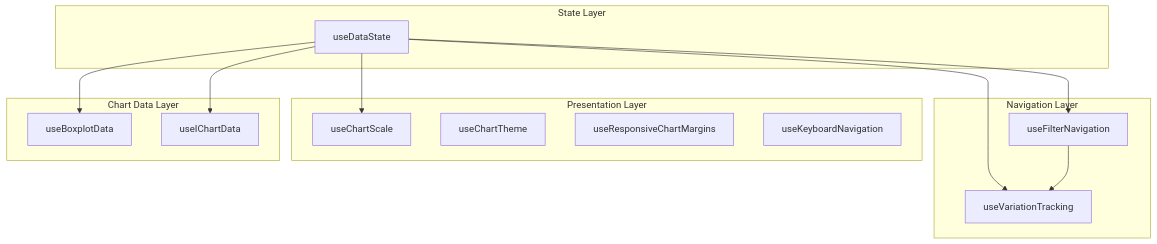
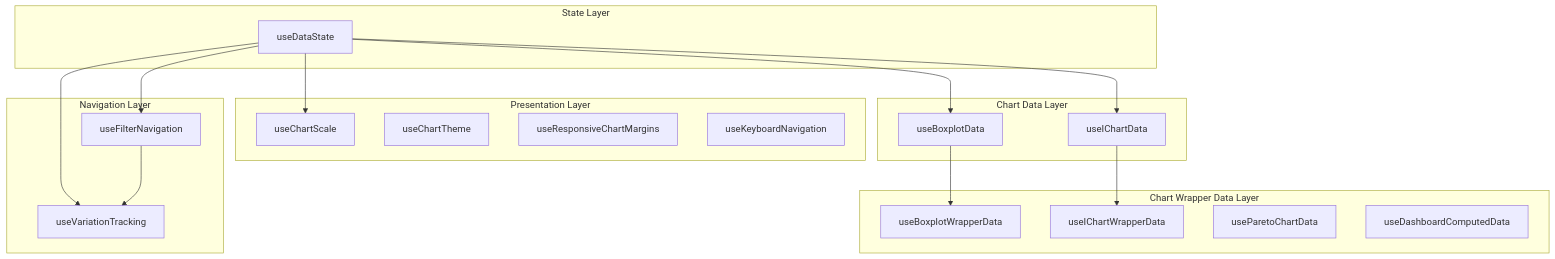
The first of 2 diagrams in docs/05-technical/architecture/component-patterns.md (jukka-matti/variscout), drawn with Mermaid before and after one commit. The commit also changed 47 other files, not shown here.

````diff
--- a/docs/05-technical/architecture/component-patterns.md
+++ b/docs/05-technical/architecture/component-patterns.md
@@ -9,30 +9,39 @@
 ```mermaid
 flowchart TB
     subgraph State["State Layer"]
         DS[useDataState]
     end
 
     subgraph Navigation["Navigation Layer"]
         FN[useFilterNavigation]
         VT[useVariationTracking]
     end
 
     subgraph Presentation["Presentation Layer"]
         CS[useChartScale]
         CT[useChartTheme]
         RM[useResponsiveChartMargins]
         KN[useKeyboardNavigation]
     end
 
     subgraph ChartData["Chart Data Layer"]
         BD[useBoxplotData]
         ID[useIChartData]
     end
 
+    subgraph ChartWrapperData["Chart Wrapper Data Layer"]
+        BWD[useBoxplotWrapperData]
+        IWD[useIChartWrapperData]
+        PCD[useParetoChartData]
+        DCD[useDashboardComputedData]
+    end
+
     DS --> FN
     DS --> VT
     FN --> VT
     DS --> CS
     DS --> BD
     DS --> ID
+    BD --> BWD
+    ID --> IWD
 ```
````
